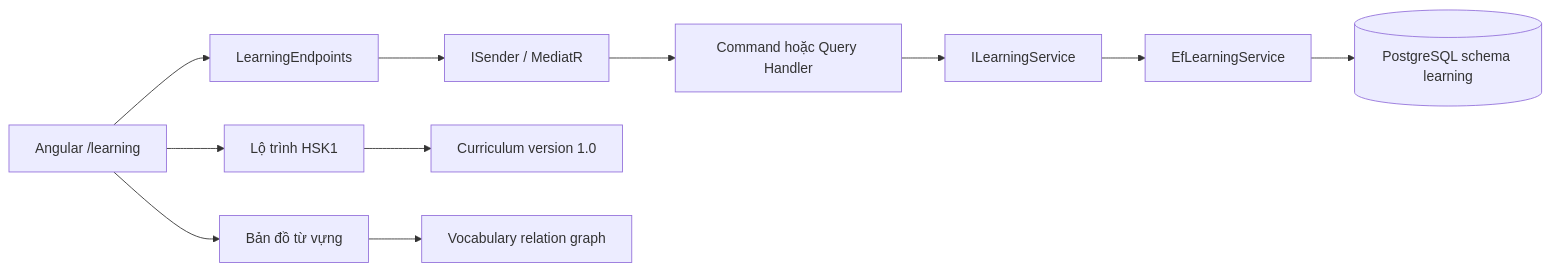
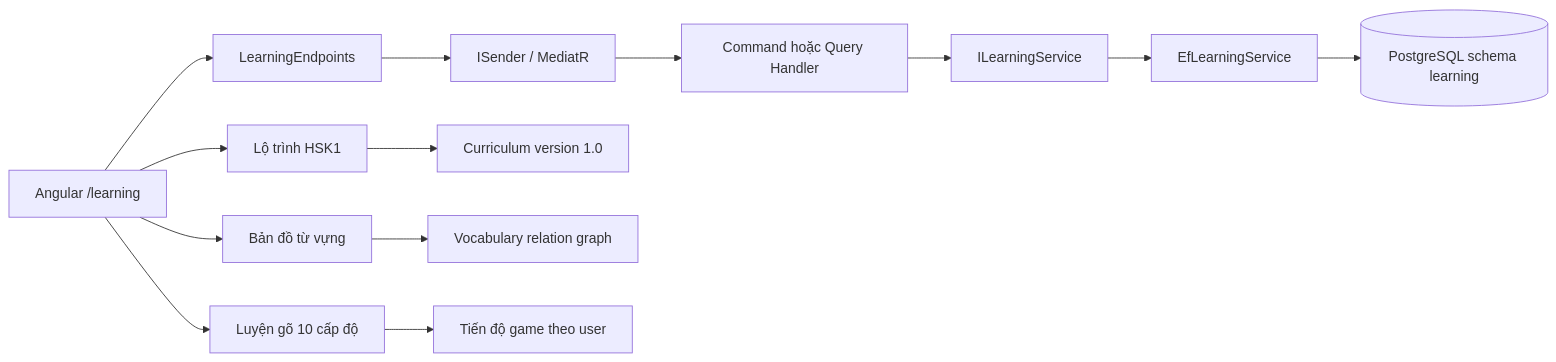
Before and after one commit to nguyentuananh2808/campfire: the first of 3 diagrams in docs/learning-module-map.md, drawn with Mermaid. The commit also changed other lines of this file and 48 other files, not shown here.

````diff
--- a/docs/learning-module-map.md
+++ b/docs/learning-module-map.md
@@ -7,13 +7,15 @@
 ```mermaid
 flowchart LR
     UI[Angular /learning] --> API[LearningEndpoints]
     API --> Sender[ISender / MediatR]
     Sender --> Handler[Command hoặc Query Handler]
     Handler --> Port[ILearningService]
     Port --> EF[EfLearningService]
     EF --> DB[(PostgreSQL schema learning)]
     UI --> Path[Lộ trình HSK1]
     UI --> Map[Bản đồ từ vựng]
+    UI --> Game[Luyện gõ 10 cấp độ]
     Path --> Curriculum[Curriculum version 1.0]
     Map --> Graph[Vocabulary relation graph]
+    Game --> Progress[Tiến độ game theo user]
 ```
````
